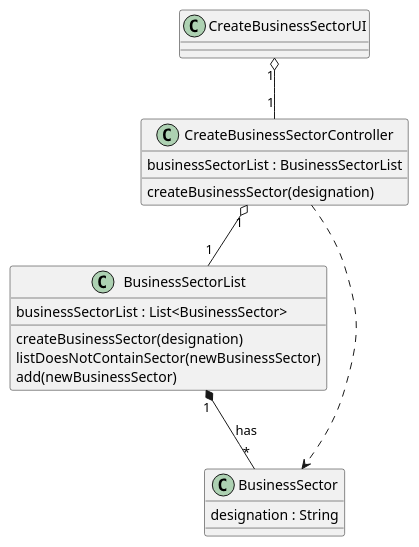
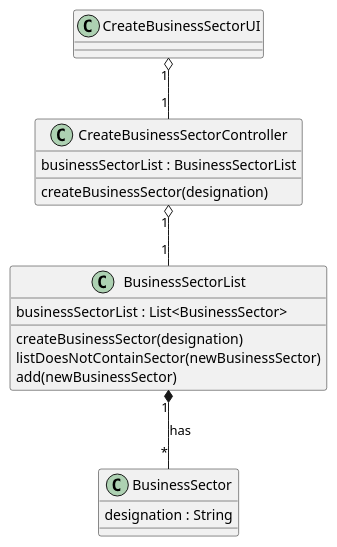
One commit to ivo-menezes/project_g3 changed the diagram in docs/modelling_design/user_stories/us008/US008_AddBusinessSectorCD.puml. Above: the diagram before and after it, drawn with PlantUML.

Commit message:
US008: Design: Corrected CD

```diff
--- a/docs/modelling_design/user_stories/us008/US008_AddBusinessSectorCD.puml
+++ b/docs/modelling_design/user_stories/us008/US008_AddBusinessSectorCD.puml
@@ -1,29 +1,28 @@
 @startuml
 'https://plantuml.com/class-diagram
 
 class CreateBusinessSectorUI{}
 
 
 class CreateBusinessSectorController{
 businessSectorList : BusinessSectorList
 createBusinessSector(designation)
 }
 
 
 class BusinessSectorList{
 businessSectorList : List<BusinessSector>
 createBusinessSector(designation)
 listDoesNotContainSector(newBusinessSector)
 add(newBusinessSector)
 }
 
 
 class BusinessSector{
 designation : String
 }
 
 BusinessSectorList "1" *-- "*" BusinessSector : has
 CreateBusinessSectorController "1" o-- "1" BusinessSectorList
 CreateBusinessSectorUI "1" o-- "1" CreateBusinessSectorController
-CreateBusinessSectorController ..> BusinessSector
 @enduml
```
